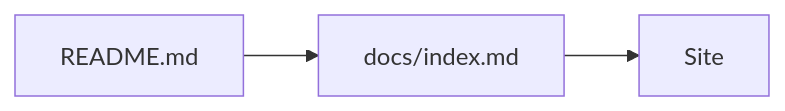
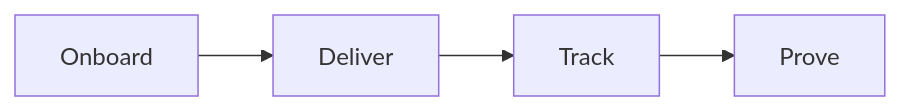
One commit to redrhino-online/red-canon changed diagram 19 of 27 in README.md. Above: the diagram before and after it, drawn with Mermaid. The commit also changed other lines of this file, not shown here.

````diff
--- a/README.md
+++ b/README.md
@@ -240,4 +391,4 @@
 ```mermaid
 flowchart LR
-    A[README.md] --> B[docs/index.md] --> C[Site]
+    A[Onboard] --> B[Deliver] --> C[Track] --> D[Prove]
 ```
````
